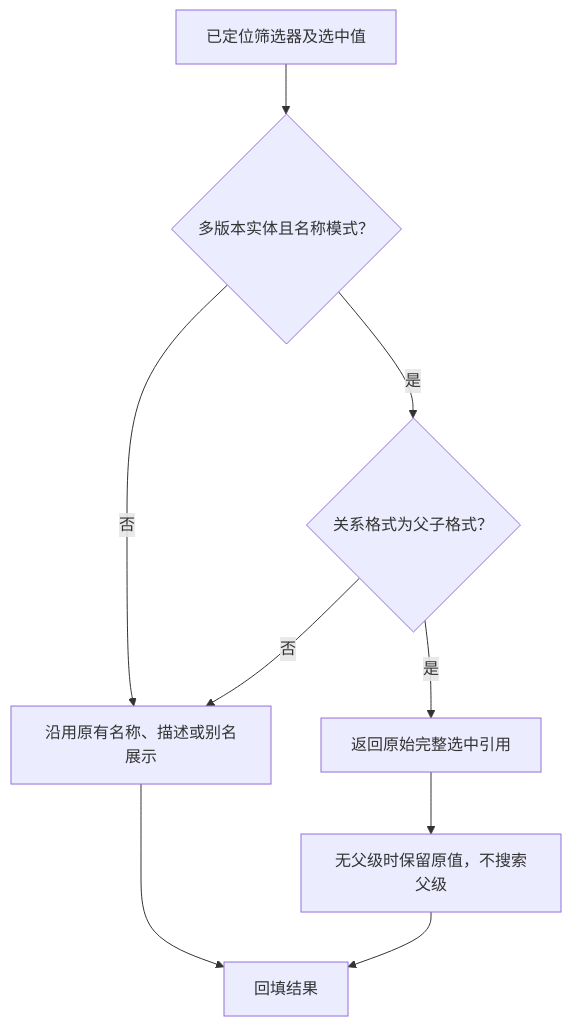
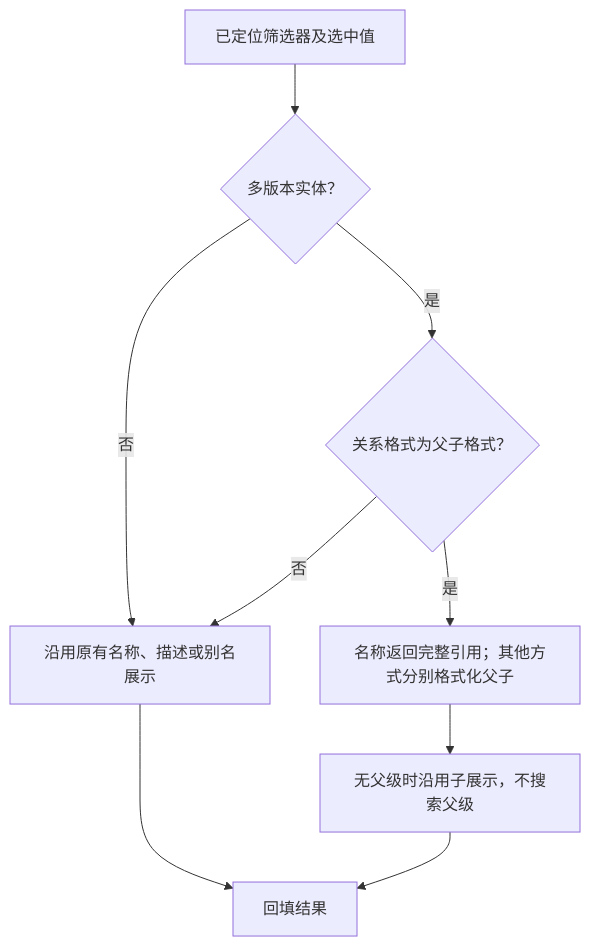
One commit to Honkey-y/docs changed the second of 5 diagrams in DeepFos/电子表格/筛选器属性与币种公式/规划/功能与后端规范.md. Above: the diagram before and after it, drawn with Mermaid. The commit also changed other lines of this file and 25 other files, not shown here.

````diff
--- a/DeepFos/电子表格/筛选器属性与币种公式/规划/功能与后端规范.md
+++ b/DeepFos/电子表格/筛选器属性与币种公式/规划/功能与后端规范.md
@@ -71,11 +85,11 @@
 ```mermaid
 flowchart TD
-    A[已定位筛选器及选中值] --> B{多版本实体且名称模式？}
+    A[已定位筛选器及选中值] --> B{多版本实体？}
     B -->|否| C[沿用原有名称、描述或别名展示]
     B -->|是| D{关系格式为父子格式？}
     D -->|否| C
-    D -->|是| E[返回原始完整选中引用]
-    E --> F[无父级时保留原值，不搜索父级]
+    D -->|是| E[名称返回完整引用；其他方式分别格式化父子]
+    E --> F[无父级时沿用子展示，不搜索父级]
     C --> G[回填结果]
     F --> G
 ```
````
